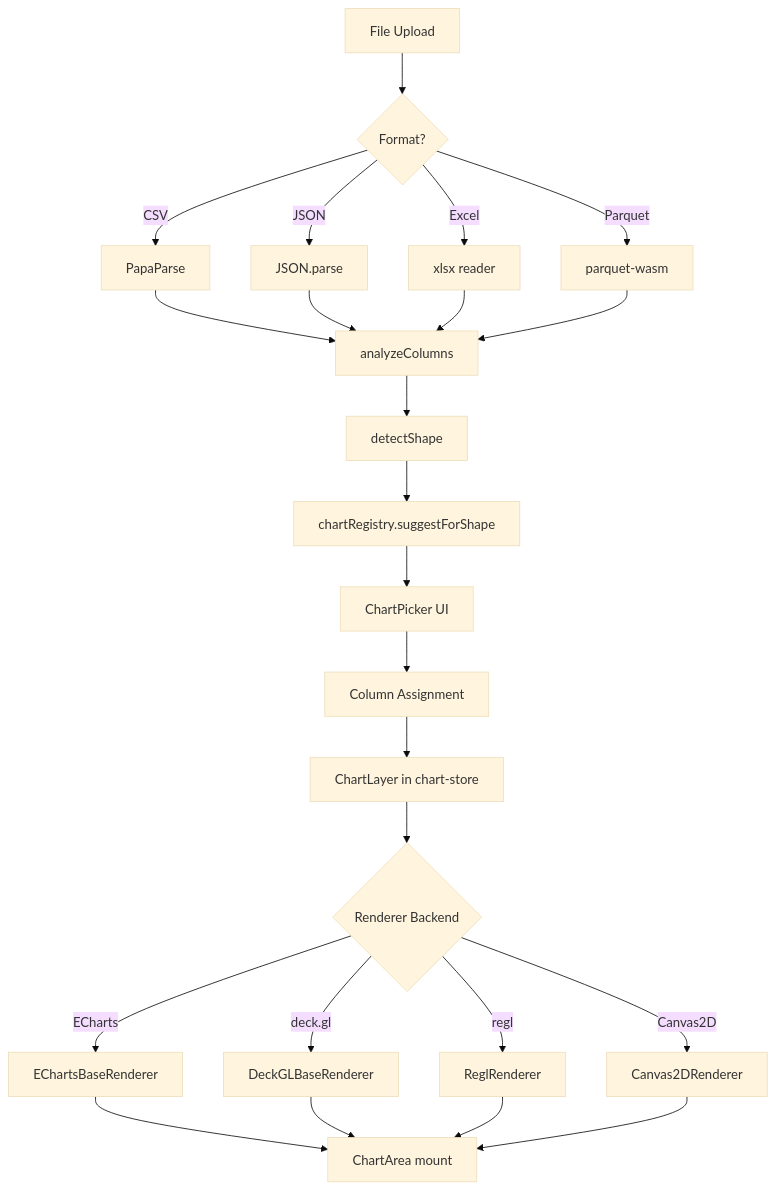
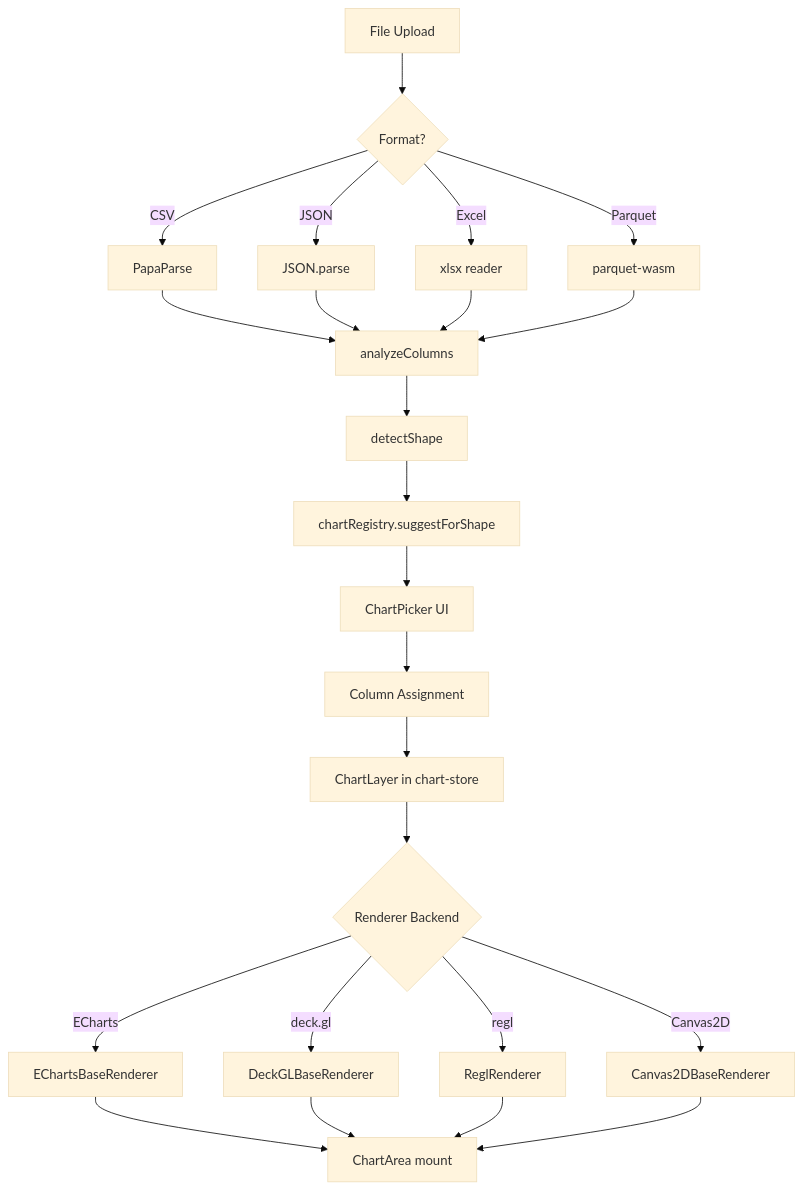
One commit to amrambouskila/business-intelligence changed the first of 3 diagrams in docs/BUSINESS_INTELLIGENCE_MASTER_PLAN.md. Above: the diagram before and after it, drawn with Mermaid (base theme). The commit also changed other lines of this file and 23494 other files, not shown here.

Commit message:
Complete Phase 2 chart coverage

````diff
--- a/docs/BUSINESS_INTELLIGENCE_MASTER_PLAN.md
+++ b/docs/BUSINESS_INTELLIGENCE_MASTER_PLAN.md
@@ -32,26 +32,26 @@
 ```mermaid
 graph TD
     Upload[File Upload] --> Parser{Format?}
     Parser -->|CSV| Papa[PapaParse]
     Parser -->|JSON| JSON[JSON.parse]
     Parser -->|Excel| XLSX[xlsx reader]
     Parser -->|Parquet| PQ[parquet-wasm]
     Papa --> Cols[analyzeColumns]
     JSON --> Cols
     XLSX --> Cols
     PQ --> Cols
     Cols --> Shape[detectShape]
     Shape --> Suggest[chartRegistry.suggestForShape]
     Suggest --> Picker[ChartPicker UI]
     Picker --> Assign[Column Assignment]
     Assign --> Layer[ChartLayer in chart-store]
     Layer --> Renderer{Renderer Backend}
     Renderer -->|ECharts| E[EChartsBaseRenderer]
     Renderer -->|deck.gl| D[DeckGLBaseRenderer]
     Renderer -->|regl| R[ReglRenderer]
-    Renderer -->|Canvas2D| C[Canvas2DRenderer]
+    Renderer -->|Canvas2D| C[Canvas2DBaseRenderer]
     E --> Canvas[ChartArea mount]
     D --> Canvas
     R --> Canvas
     C --> Canvas
 ```
````
